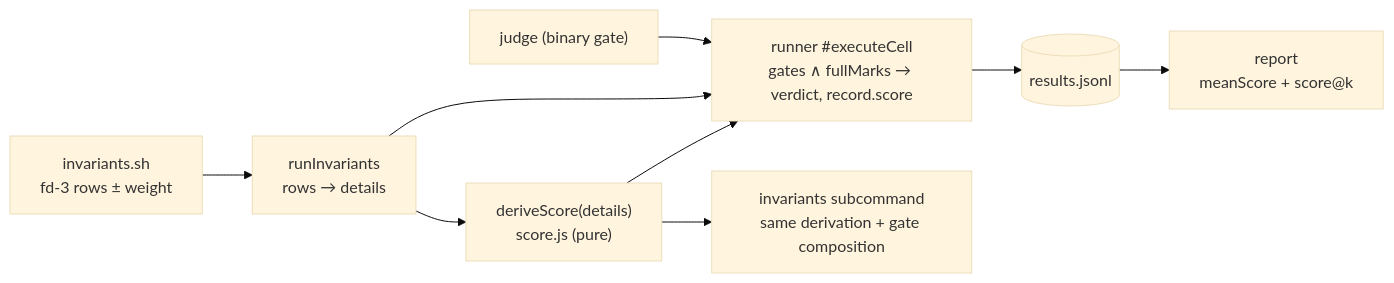
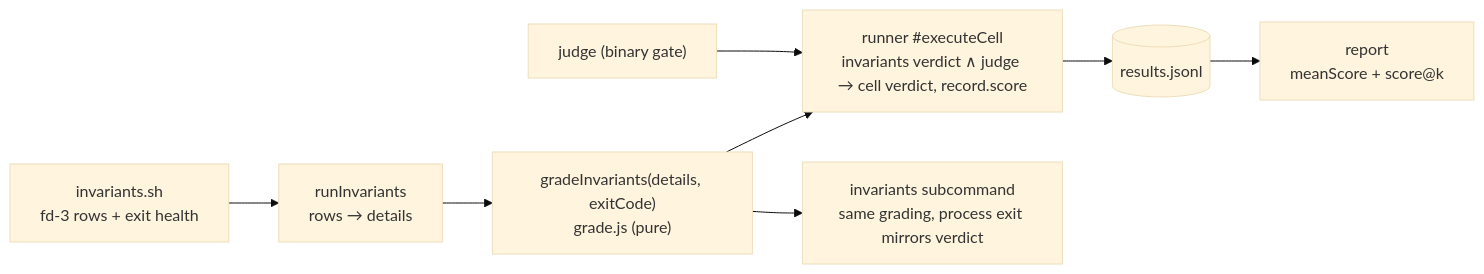
One commit to forwardimpact/monorepo changed the diagram in specs/2240-scored-benchmark-tasks/design-a.md. Above: the diagram before and after it, drawn with Mermaid (base theme). The commit also changed other lines of this file and 2 other files, not shown here.

````diff
--- a/specs/2240-scored-benchmark-tasks/design-a.md
+++ b/specs/2240-scored-benchmark-tasks/design-a.md
@@ -13,11 +14,10 @@
 ```mermaid
 flowchart LR
-  INV["invariants.sh<br/>fd-3 rows ± weight"] --> RI[runInvariants<br/>rows → details]
-  RI --> DS["deriveScore(details)<br/>score.js (pure)"]
-  DS --> RUN["runner #executeCell<br/>gates ∧ fullMarks → verdict, record.score"]
-  RI --> RUN
+  INV["invariants.sh<br/>fd-3 rows + exit health"] --> RI[runInvariants<br/>rows → details]
+  RI --> GR["gradeInvariants(details, exitCode)<br/>grade.js (pure)"]
+  GR --> RUN["runner #executeCell<br/>invariants verdict ∧ judge → cell verdict, record.score"]
   JD["judge (binary gate)"] --> RUN
   RUN --> LEDGER[(results.jsonl)]
   LEDGER --> REP["report<br/>meanScore + score@k"]
-  DS --> CMD["invariants subcommand<br/>same derivation + gate composition"]
+  GR --> CMD["invariants subcommand<br/>same grading, process exit mirrors verdict"]
 ```
````
